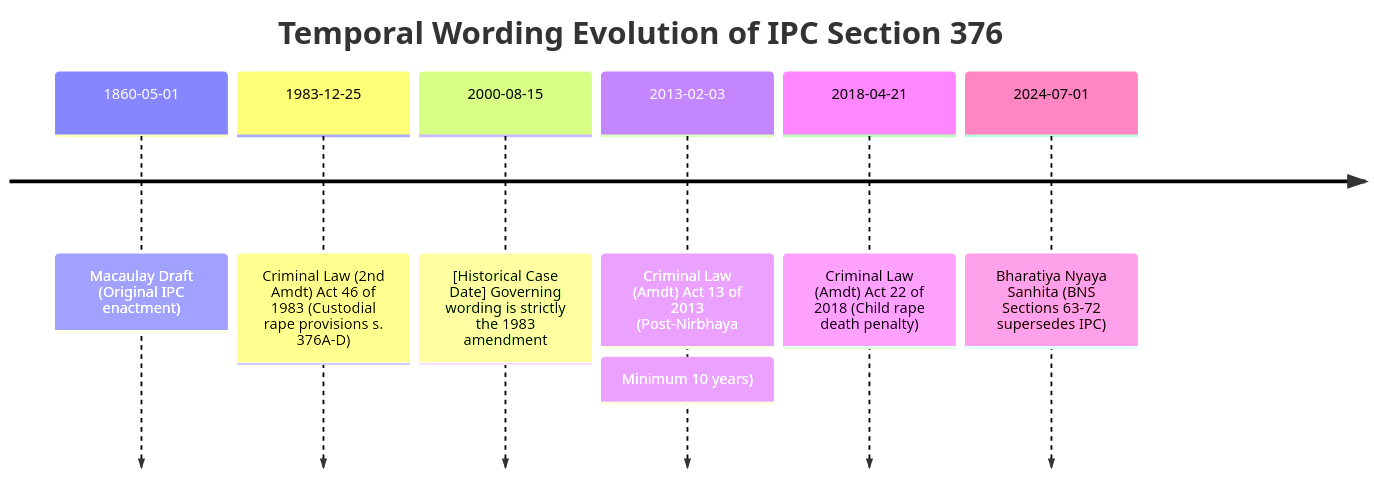
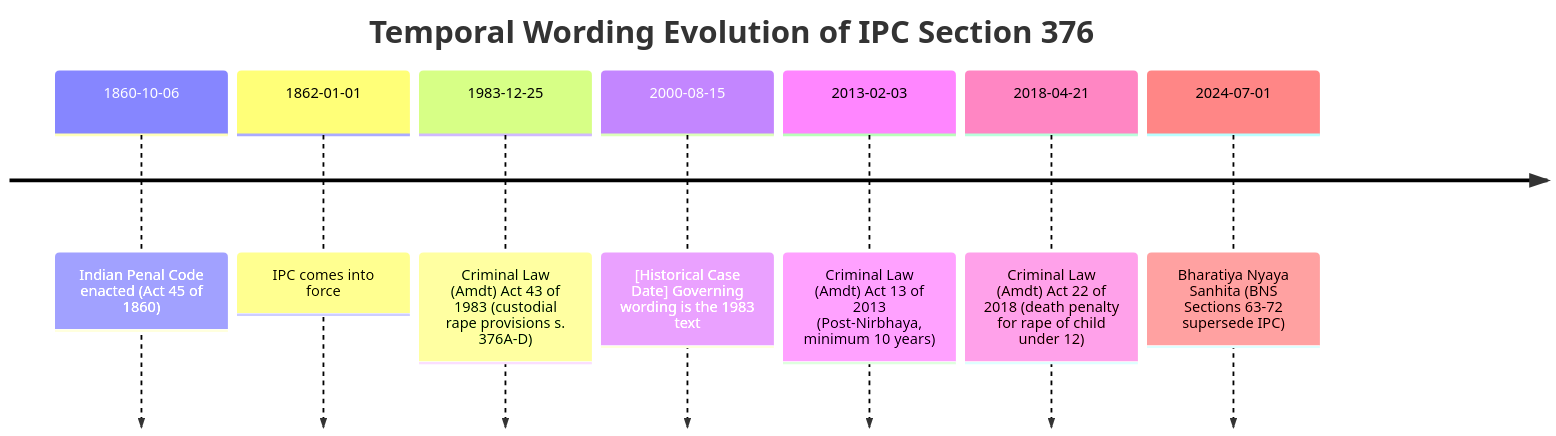
The first of 2 diagrams in PROCUREMENT_PLAN.md (kanoonhq/open-laws), drawn with Mermaid before and after one commit. The commit also changed other lines of this file and 4 other files, not shown here.

Commit message:
docs: revise procurement roadmap, licensing and contribution docs

````diff
--- a/PROCUREMENT_PLAN.md
+++ b/PROCUREMENT_PLAN.md
@@ -95,10 +199,11 @@
 ```mermaid
 timeline
     title Temporal Wording Evolution of IPC Section 376
-    1860-05-01 : Macaulay Draft (Original IPC enactment)
-    1983-12-25 : Criminal Law (2nd Amdt) Act 46 of 1983 (Custodial rape provisions s. 376A-D)
-    2000-08-15 : [Historical Case Date] Governing wording is strictly the 1983 amendment
-    2013-02-03 : Criminal Law (Amdt) Act 13 of 2013 (Post-Nirbhaya: Minimum 10 years)
-    2018-04-21 : Criminal Law (Amdt) Act 22 of 2018 (Child rape death penalty)
-    2024-07-01 : Bharatiya Nyaya Sanhita (BNS Sections 63-72 supersedes IPC)
+    1860-10-06 : Indian Penal Code enacted (Act 45 of 1860)
+    1862-01-01 : IPC comes into force
+    1983-12-25 : Criminal Law (Amdt) Act 43 of 1983 (custodial rape provisions s. 376A-D)
+    2000-08-15 : [Historical Case Date] Governing wording is the 1983 text
+    2013-02-03 : Criminal Law (Amdt) Act 13 of 2013 (Post-Nirbhaya, minimum 10 years)
+    2018-04-21 : Criminal Law (Amdt) Act 22 of 2018 (death penalty for rape of child under 12)
+    2024-07-01 : Bharatiya Nyaya Sanhita (BNS Sections 63-72 supersede IPC)
 ```
````
